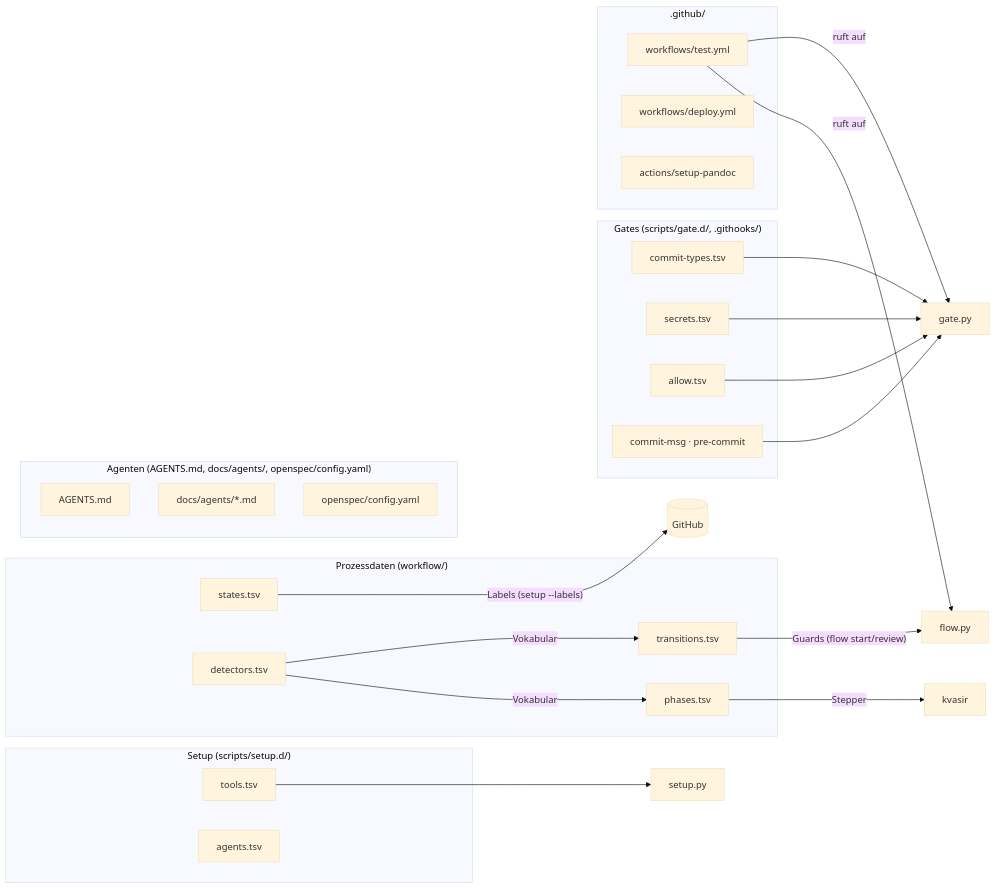
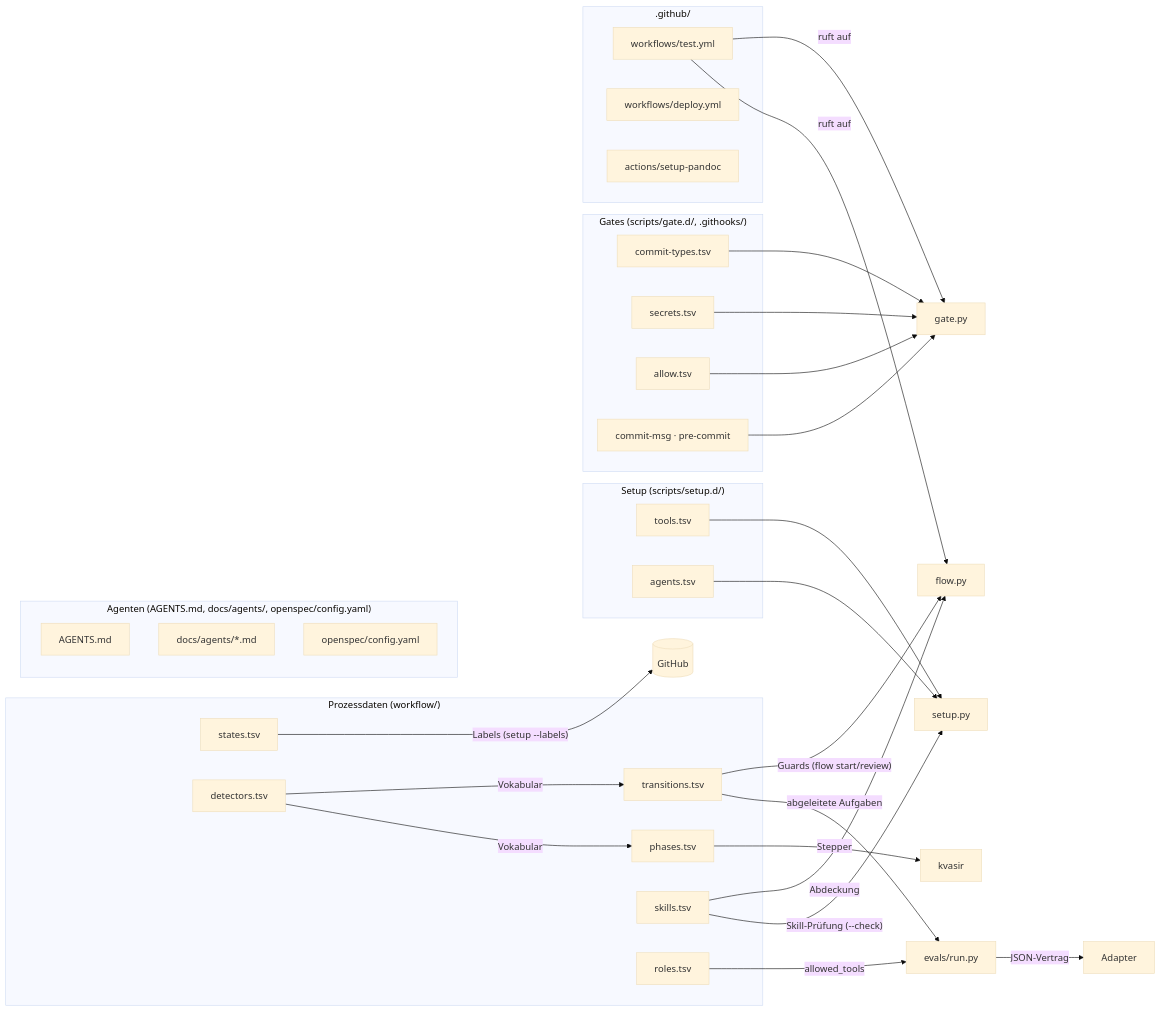
The diagram in docs/anleitung/04-konfiguration.md (comcy/comcy.github.io), drawn with Mermaid (base theme) before and after one commit. The commit also changed other lines of this file and 6 other files, not shown here.

First line of the commit message:
docs(profile): Anleitung zu Skills, Rollen, Adapter und abgeleiteten Aufgaben (#113)

````diff
--- a/docs/anleitung/04-konfiguration.md
+++ b/docs/anleitung/04-konfiguration.md
@@ -7,37 +7,44 @@
 ```mermaid
 flowchart LR
     subgraph Prozess["Prozessdaten (workflow/)"]
         st[states.tsv]
         tr[transitions.tsv]
         ph[phases.tsv]
         de[detectors.tsv]
+        sk[skills.tsv]
+        ro[roles.tsv]
     end
     subgraph Setup["Setup (scripts/setup.d/)"]
         to[tools.tsv]
         ag[agents.tsv]
     end
     subgraph Gate["Gates (scripts/gate.d/, .githooks/)"]
         ct[commit-types.tsv]
         se[secrets.tsv]
         al[allow.tsv]
         hk[commit-msg · pre-commit]
     end
     subgraph Agent["Agenten (AGENTS.md, docs/agents/, openspec/config.yaml)"]
         am[AGENTS.md]
         da[docs/agents/*.md]
         oc[openspec/config.yaml]
     end
     subgraph CI[".github/"]
         tw[workflows/test.yml]
         dw[workflows/deploy.yml]
         pa[actions/setup-pandoc]
     end
     st --> |"Labels (setup --labels)"| GH[(GitHub)]
     tr --> |"Guards (flow start/review)"| FL[flow.py]
     de --> |"Vokabular"| tr & ph
     ph --> |"Stepper"| KV[kvasir]
-    to --> SU[setup.py]
+    to & ag --> SU[setup.py]
+    sk --> |"Abdeckung"| FL
+    sk --> |"Skill-Prüfung (--check)"| SU
+    ro --> |"allowed_tools"| EV[evals/run.py]
+    tr --> |"abgeleitete Aufgaben"| EV
+    EV --> |"JSON-Vertrag"| AD[Adapter]
     ct & se & al --> GA[gate.py]
     hk --> GA
     tw --> |"ruft auf"| GA & FL
 ```
````
